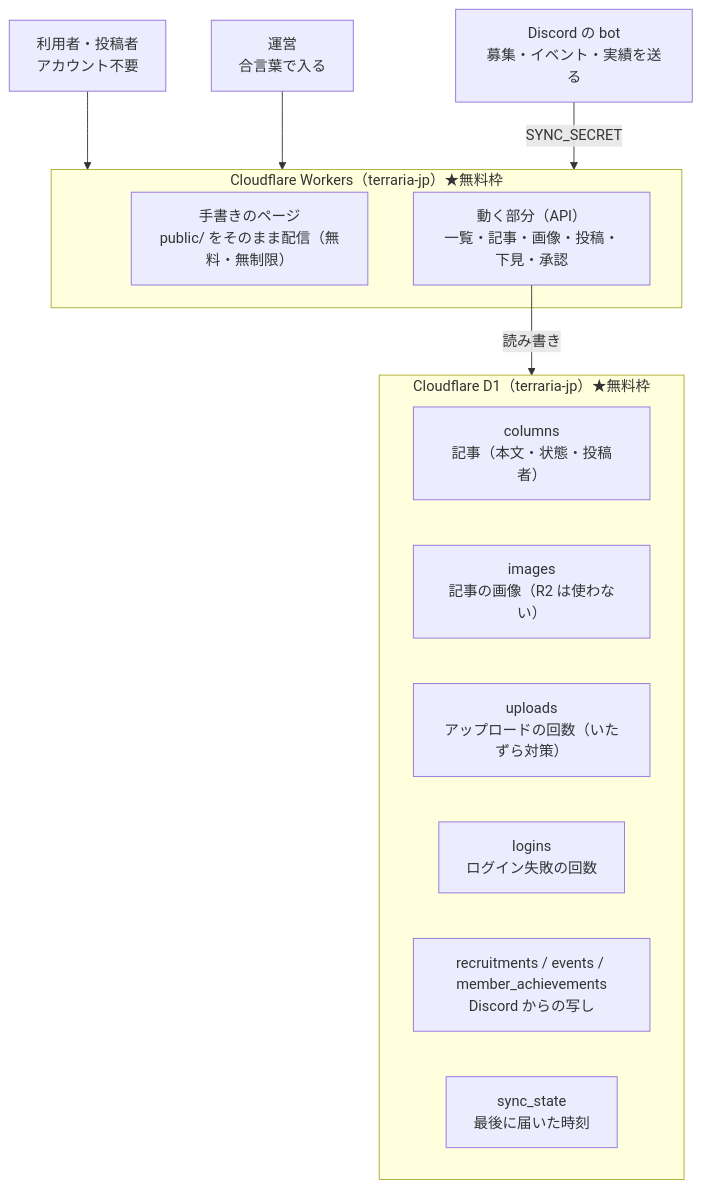
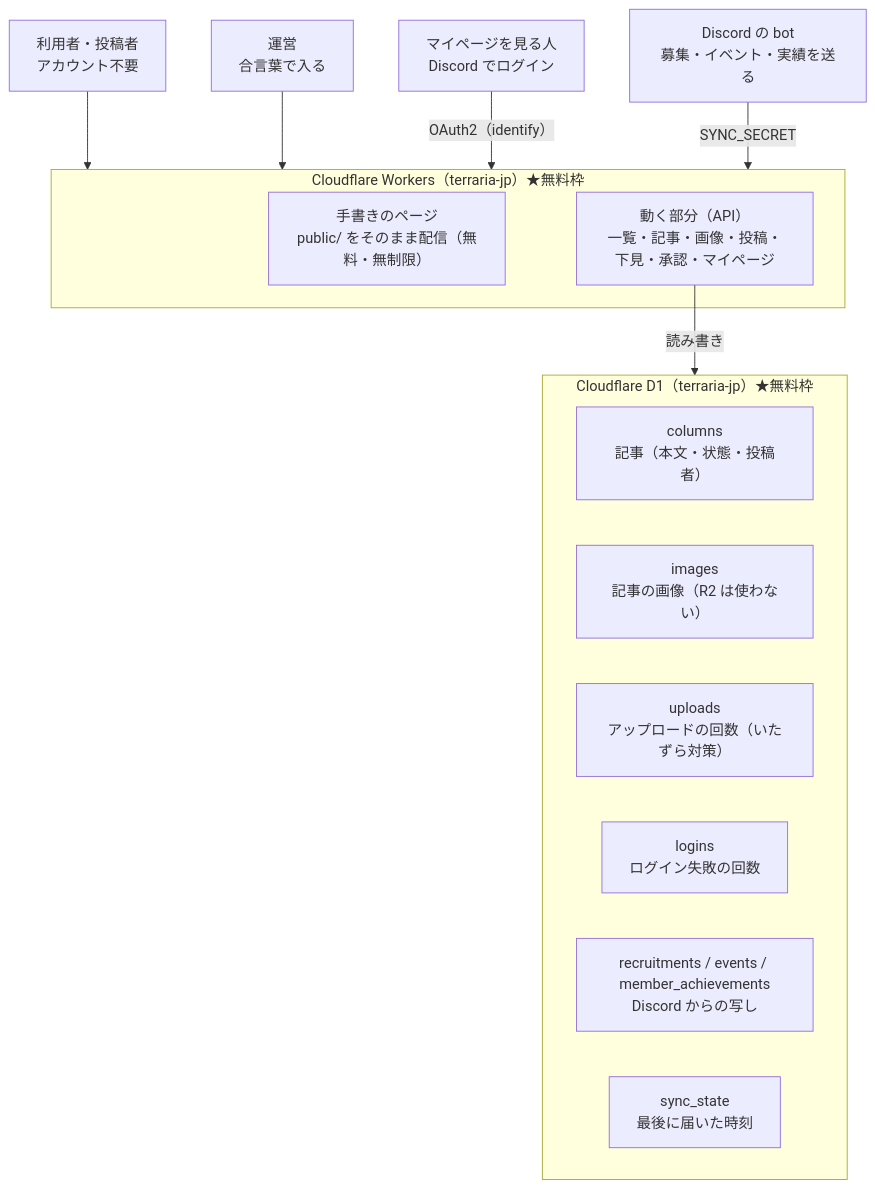
One commit to Pl4ceholder/terraria_jp_website changed the diagram in CLOUDFLARE.md. Above: the diagram before and after it, drawn with Mermaid. The commit also changed other lines of this file and 2 other files, not shown here.

````diff
--- a/CLOUDFLARE.md
+++ b/CLOUDFLARE.md
@@ -12,22 +12,23 @@
 ```mermaid
 flowchart TD
     A["利用者・投稿者<br />アカウント不要"] --> W
     B["運営<br />合言葉で入る"] --> W
+    C["マイページを見る人<br />Discord でログイン"] -->|OAuth2（identify）| W
     BOT["Discord の bot<br />募集・イベント・実績を送る"] -->|SYNC_SECRET| W
 
     subgraph W["Cloudflare Workers（terraria-jp）★無料枠"]
         P["手書きのページ<br />public/ をそのまま配信（無料・無制限）"]
-        D["動く部分（API）<br />一覧・記事・画像・投稿・下見・承認"]
+        D["動く部分（API）<br />一覧・記事・画像・投稿・下見・承認・マイページ"]
     end
 
     D -->|読み書き| DB
 
     subgraph DB["Cloudflare D1（terraria-jp）★無料枠"]
         T1["columns<br />記事（本文・状態・投稿者）"]
         T2["images<br />記事の画像（R2 は使わない）"]
         T3["uploads<br />アップロードの回数（いたずら対策）"]
         T4["logins<br />ログイン失敗の回数"]
         T5["recruitments / events / member_achievements<br />Discord からの写し"]
         T6["sync_state<br />最後に届いた時刻"]
     end
 ```
````
